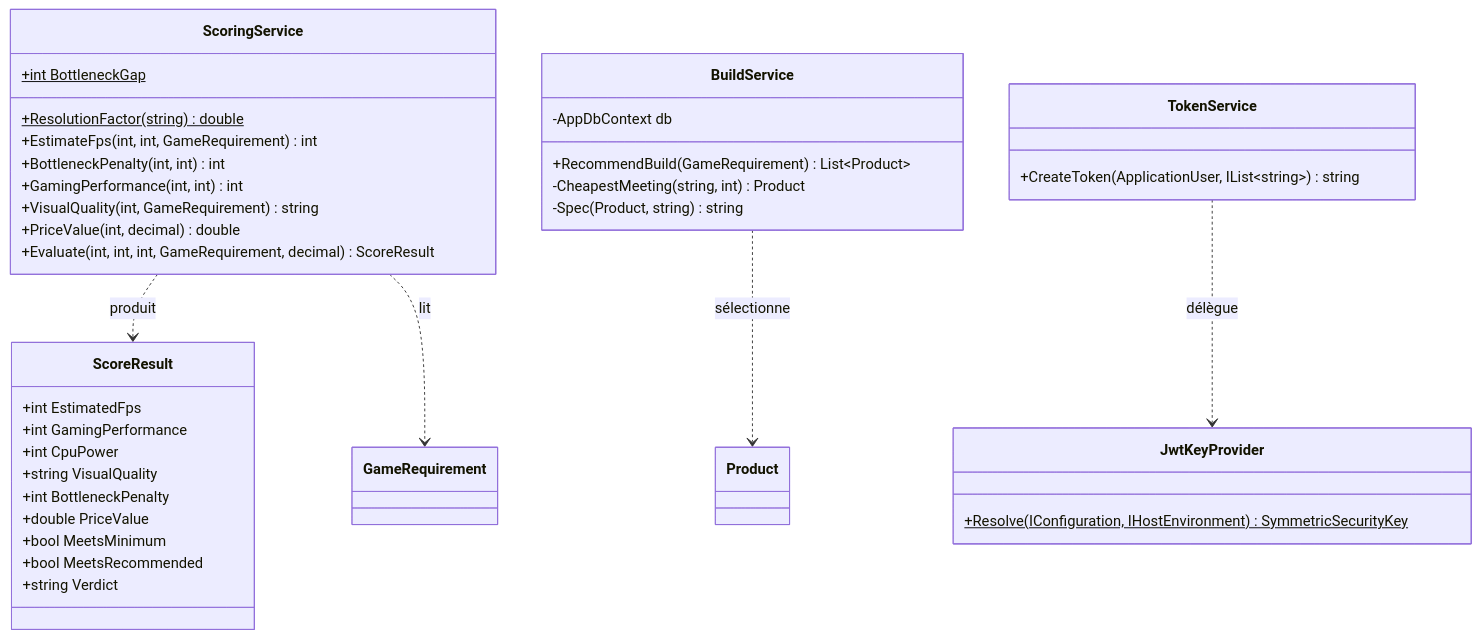
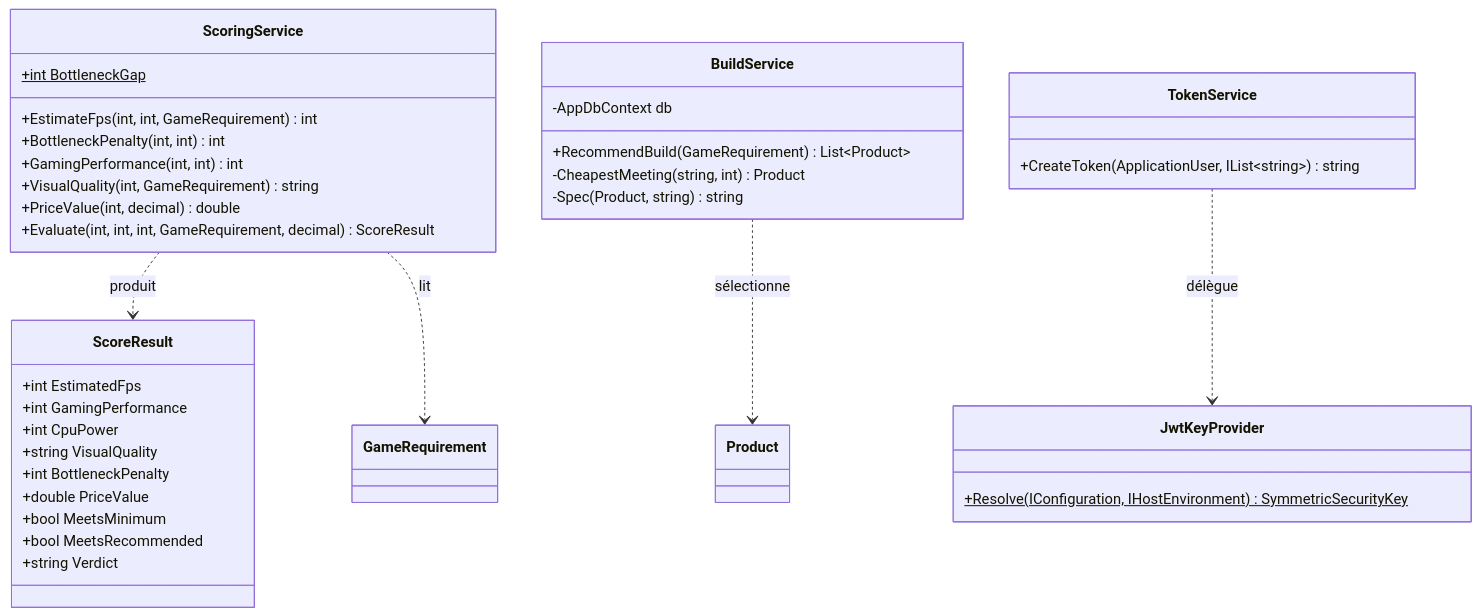
The third of 6 diagrams in docs/03-conception.md (Midou-bit/projet-fil-rouge), drawn with Mermaid before and after one commit. The commit also changed other lines of this file and 134 other files, not shown here.

````diff
--- a/docs/03-conception.md
+++ b/docs/03-conception.md
@@ -100,41 +106,40 @@
 ```mermaid
 classDiagram
     class ScoringService {
         +int BottleneckGap$
-        +ResolutionFactor(string) double$
         +EstimateFps(int, int, GameRequirement) int
         +BottleneckPenalty(int, int) int
         +GamingPerformance(int, int) int
         +VisualQuality(int, GameRequirement) string
         +PriceValue(int, decimal) double
         +Evaluate(int, int, int, GameRequirement, decimal) ScoreResult
     }
     class ScoreResult {
         +int EstimatedFps
         +int GamingPerformance
         +int CpuPower
         +string VisualQuality
         +int BottleneckPenalty
         +double PriceValue
         +bool MeetsMinimum
         +bool MeetsRecommended
         +string Verdict
     }
     class BuildService {
         -AppDbContext db
         +RecommendBuild(GameRequirement) List~Product~
         -CheapestMeeting(string, int) Product
         -Spec(Product, string) string
     }
     class TokenService {
         +CreateToken(ApplicationUser, IList~string~) string
     }
     class JwtKeyProvider {
         +Resolve(IConfiguration, IHostEnvironment)$ SymmetricSecurityKey
     }
 
     ScoringService ..> ScoreResult : produit
     ScoringService ..> GameRequirement : lit
     BuildService ..> Product : sélectionne
     TokenService ..> JwtKeyProvider : délègue
 ```
````
